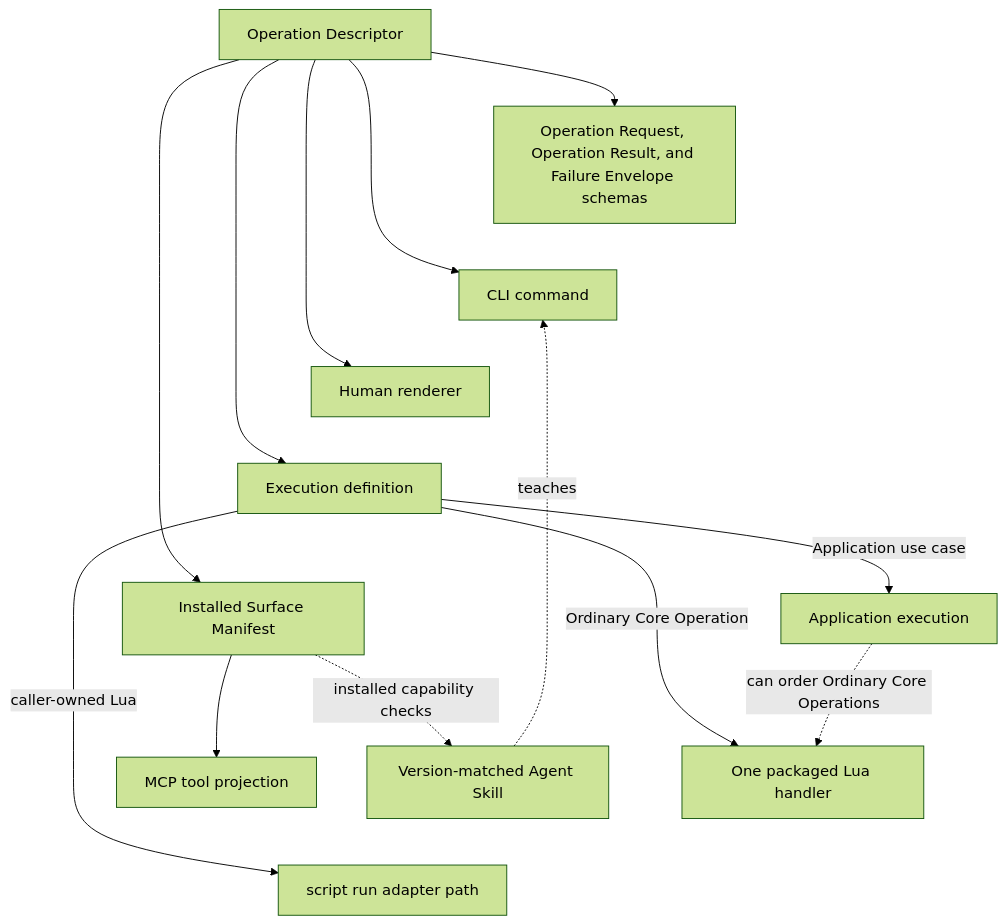
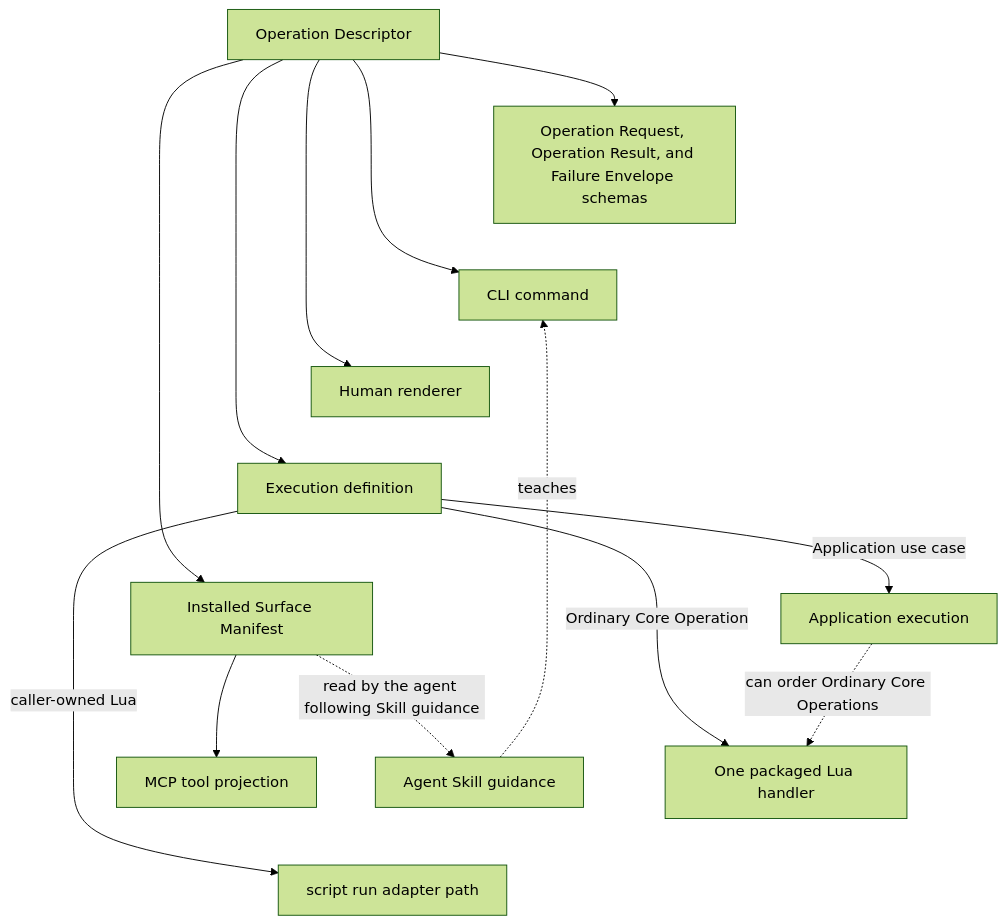
The sixth of 8 diagrams in ARCHITECTURE.md (aigengame/aseprite-automation), drawn with Mermaid (forest theme) before and after one commit. The commit also changed other lines of this file and 4 other files, not shown here.

First line of the commit message:
docs(agent-skill): delegate delivery to Skills CLI

````diff
--- a/ARCHITECTURE.md
+++ b/ARCHITECTURE.md
@@ -974,24 +974,24 @@
 ```mermaid
 flowchart TB
     Descriptor[Operation Descriptor] --> Request[Operation Request, Operation Result, and Failure Envelope schemas]
     Descriptor --> CLICommand[CLI command]
     Descriptor --> Renderer[Human renderer]
     Descriptor --> Execution[Execution definition]
     Descriptor --> Manifest[Installed Surface Manifest]
 
     %% Invisible links stack descriptor facets vertically without changing ownership.
     Request ~~~ CLICommand
     CLICommand ~~~ Renderer
     Renderer ~~~ Execution
     Execution ~~~ Manifest
 
     Execution -->|Ordinary Core Operation| Binding[One packaged Lua handler]
     Execution -->|Application use case| AppPath[Application execution]
     AppPath -. can order Ordinary Core Operations .-> Binding
     Execution -->|caller-owned Lua| ScriptPath[script run adapter path]
     AppPath ~~~ Binding
     Binding ~~~ ScriptPath
     Manifest --> MCPTool[MCP tool projection]
-    SkillDocs[Version-matched Agent Skill] -. teaches .-> CLICommand
-    Manifest -. installed capability checks .-> SkillDocs
+    SkillDocs[Agent Skill guidance] -. teaches .-> CLICommand
+    Manifest -. read by the agent following Skill guidance .-> SkillDocs
 ```
````
